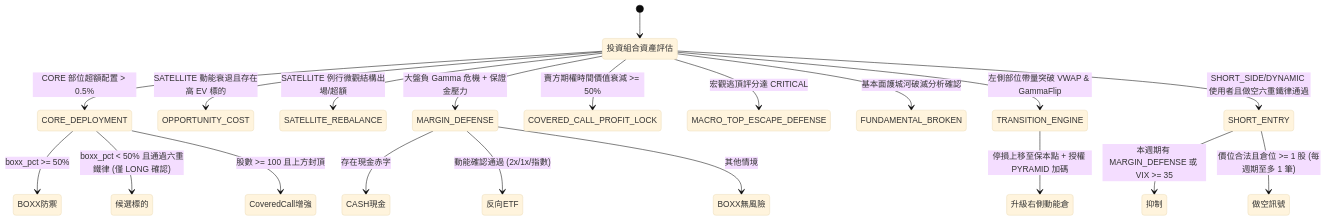
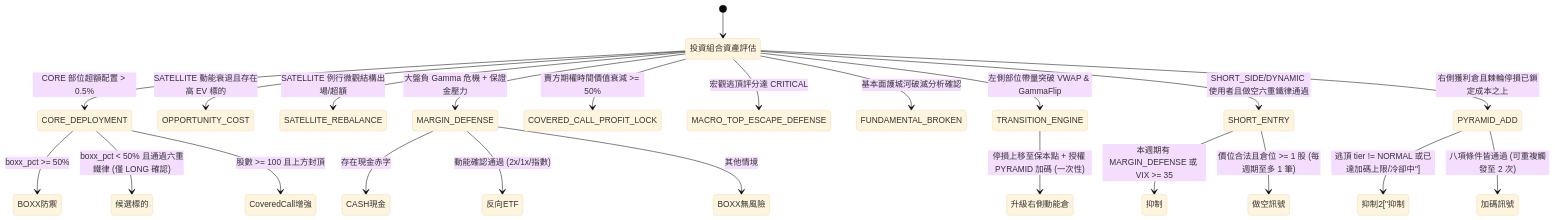
The first of 2 diagrams in docs/strategies/04_dynamic_rollover_state_machine.md (cosmo-chang-1701/nexus-seeker), drawn with Mermaid (base theme) before and after one commit. The commit also changed other lines of this file and 26 other files, not shown here.

````diff
--- a/docs/strategies/04_dynamic_rollover_state_machine.md
+++ b/docs/strategies/04_dynamic_rollover_state_machine.md
@@ -181,27 +205,31 @@
 ```mermaid
 stateDiagram-v2
     [*] --> 投資組合資產評估
 
     投資組合資產評估 --> CORE_DEPLOYMENT: CORE 部位超額配置 > 0.5%
     投資組合資產評估 --> OPPORTUNITY_COST: SATELLITE 動能衰退且存在高 EV 標的
     投資組合資產評估 --> SATELLITE_REBALANCE: SATELLITE 例行微觀結構出場/超額
     投資組合資產評估 --> MARGIN_DEFENSE: 大盤負 Gamma 危機 + 保證金壓力
     投資組合資產評估 --> COVERED_CALL_PROFIT_LOCK: 賣方期權時間價值衰減 >= 50%
     投資組合資產評估 --> MACRO_TOP_ESCAPE_DEFENSE: 宏觀逃頂評分達 CRITICAL
     投資組合資產評估 --> FUNDAMENTAL_BROKEN: 基本面護城河破滅分析確認
     投資組合資產評估 --> TRANSITION_ENGINE: 左側部位帶量突破 VWAP & GammaFlip
     投資組合資產評估 --> SHORT_ENTRY: SHORT_SIDE/DYNAMIC 使用者且做空六重鐵律通過
+    投資組合資產評估 --> PYRAMID_ADD: 右側獲利倉且棘輪停損已鎖定成本之上
 
     CORE_DEPLOYMENT --> BOXX防禦: boxx_pct >= 50%
     CORE_DEPLOYMENT --> 候選標的: boxx_pct < 50% 且通過六重鐵律 (僅 LONG 確認)
     CORE_DEPLOYMENT --> CoveredCall增強: 股數 >= 100 且上方封頂
 
     MARGIN_DEFENSE --> CASH現金: 存在現金赤字
     MARGIN_DEFENSE --> 反向ETF: 動能確認通過 (2x/1x/指數)
     MARGIN_DEFENSE --> BOXX無風險: 其他情境
 
-    TRANSITION_ENGINE --> 升級右側動能倉: 停損上移至保本點 + 授權 PYRAMID 加碼
+    TRANSITION_ENGINE --> 升級右側動能倉: 停損上移至保本點 + 授權 PYRAMID 加碼 (一次性)
 
     SHORT_ENTRY --> 抑制: 本週期有 MARGIN_DEFENSE 或 VIX >= 35
     SHORT_ENTRY --> 做空訊號: 價位合法且倉位 >= 1 股 (每週期至多 1 筆)
+
+    PYRAMID_ADD --> 抑制2["抑制: 逃頂 tier != NORMAL 或已達加碼上限/冷卻中"]
+    PYRAMID_ADD --> 加碼訊號: 八項條件皆通過 (可重複觸發至 2 次)
 ```
````
